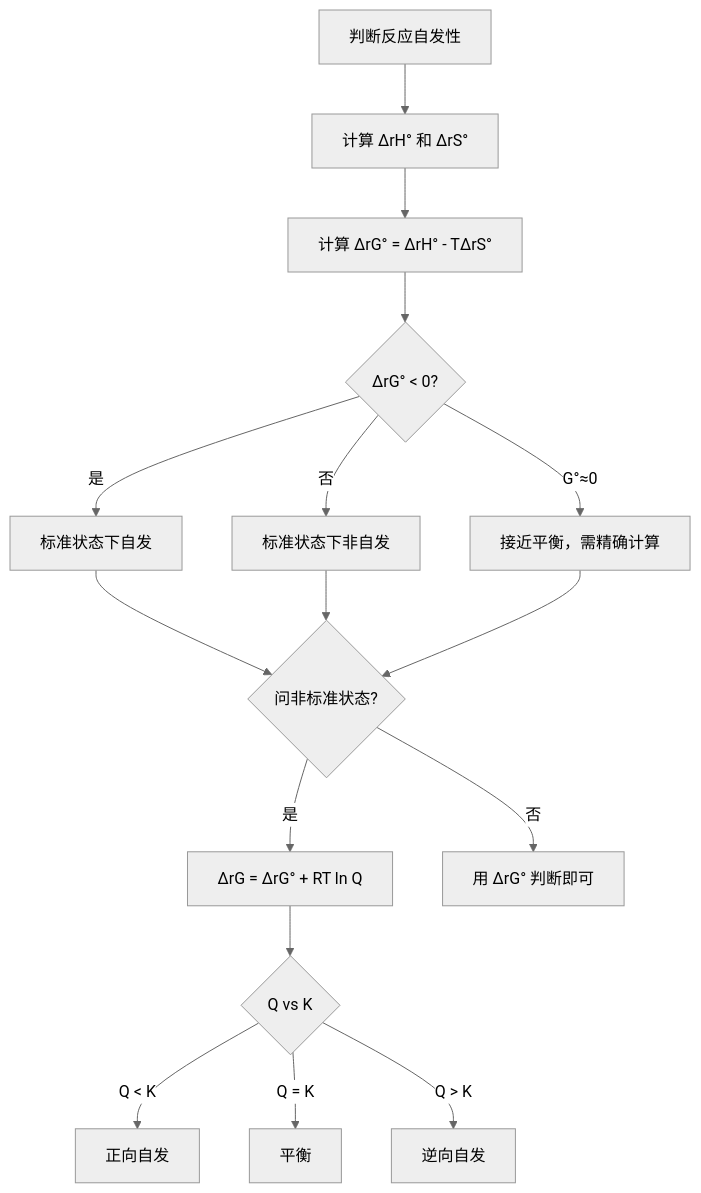
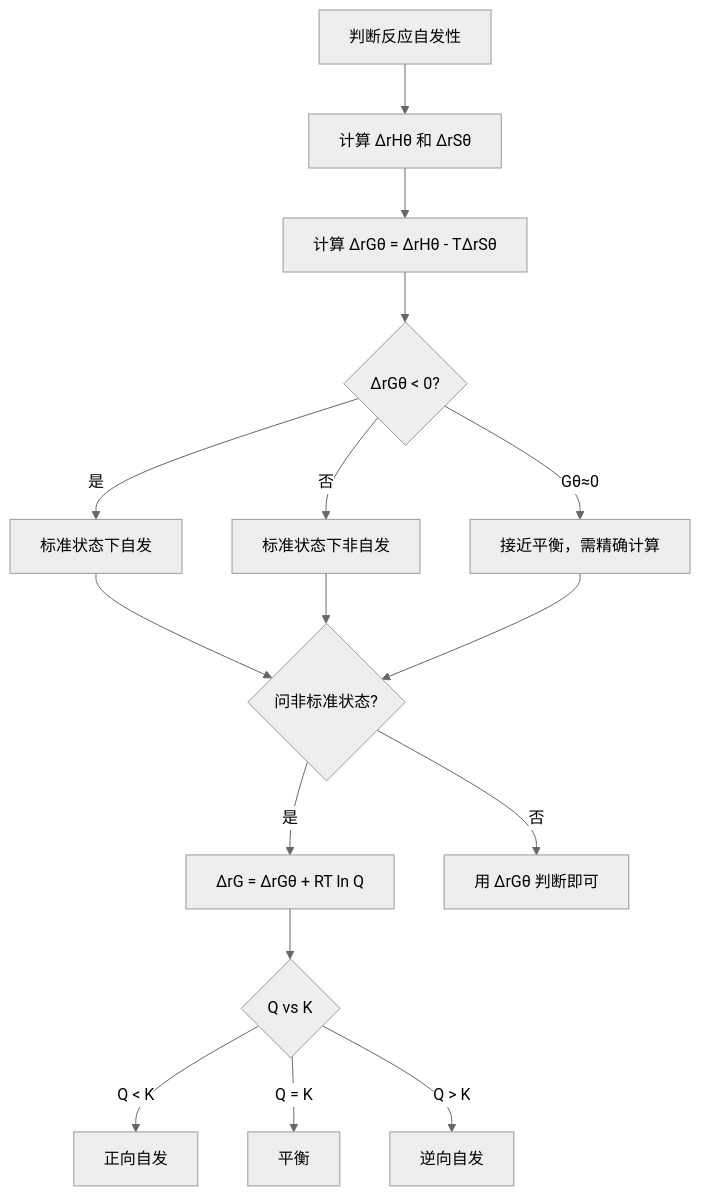
One commit to shikieiki692/nation changed the first of 2 diagrams in 04-专题与题型/专题/专题-化学热力学.md. Above: the diagram before and after it, drawn with Mermaid (neutral theme). The commit also changed other lines of this file and 508 other files, not shown here.

````diff
--- a/04-专题与题型/专题/专题-化学热力学.md
+++ b/04-专题与题型/专题/专题-化学热力学.md
@@ -65,18 +65,18 @@
 ```mermaid
 graph TD
-    A[判断反应自发性] --> B[计算 ΔrH° 和 ΔrS°]
-    B --> C[计算 ΔrG° = ΔrH° - TΔrS°]
-    C --> D{ΔrG° < 0?}
+    A[判断反应自发性] --> B[计算 ΔrHθ 和 ΔrSθ]
+    B --> C[计算 ΔrGθ = ΔrHθ - TΔrSθ]
+    C --> D{ΔrGθ < 0?}
     D -->|是| E[标准状态下自发]
     D -->|否| F[标准状态下非自发]
-    D -->|G°≈0| G[接近平衡，需精确计算]
+    D -->|Gθ≈0| G[接近平衡，需精确计算]
     E --> H{问非标准状态?}
     F --> H
     G --> H
-    H -->|是| I[ΔrG = ΔrG° + RT ln Q]
-    H -->|否| J[用 ΔrG° 判断即可]
+    H -->|是| I[ΔrG = ΔrGθ + RT ln Q]
+    H -->|否| J[用 ΔrGθ 判断即可]
     I --> K{Q vs K}
     K -->|Q < K| L[正向自发]
     K -->|Q = K| M[平衡]
     K -->|Q > K| N[逆向自发]
 ```
````
